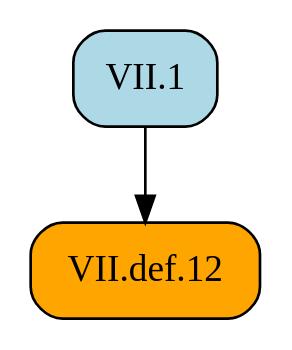
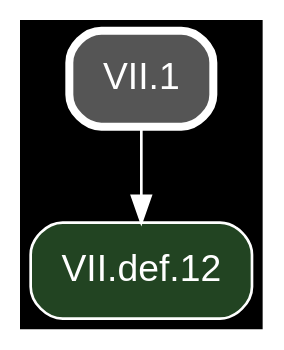
Before and after one commit to geometor/elements: the diagram in docsrc/heath/VII/1/index.rst, drawn with Graphviz. The commit also changed other lines of this file and 1200 other files, not shown here.

Commit message:
update dependency graphs

```diff
--- a/docsrc/heath/VII/1/index.rst
+++ b/docsrc/heath/VII/1/index.rst
@@ -42,9 +42,11 @@
 .. graphviz::
 
    digraph {
+     bgcolor="black";
+     node [shape=box, style="rounded,filled", fontname="Helvetica", color="white", fontcolor="white"];
+     edge [color="white", fontcolor="white"];
      rankdir="TB";
-     node [shape=box, style=rounded];
-     "VII.1" [style="rounded,filled", fillcolor=lightblue, URL="/heath/VII/1/", target="_top"];
-     "VII.def.12" [style="rounded,filled", fillcolor=orange, URL="/heath/VII/def.12/", target="_top"];
+     "VII.1" [penwidth=3, color="white", fillcolor="#555555", URL="/heath/VII/1/", target="_top"];
+     "VII.def.12" [fillcolor="#224422", URL="/heath/VII/def.12/", target="_top"];
      "VII.1" -> "VII.def.12";
    }
```
